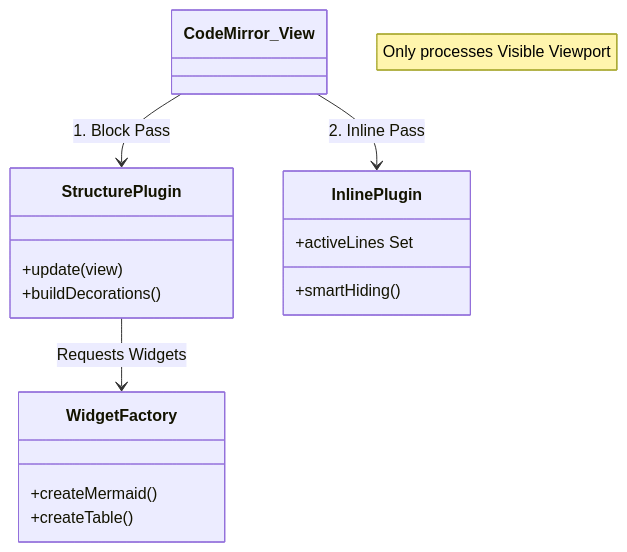
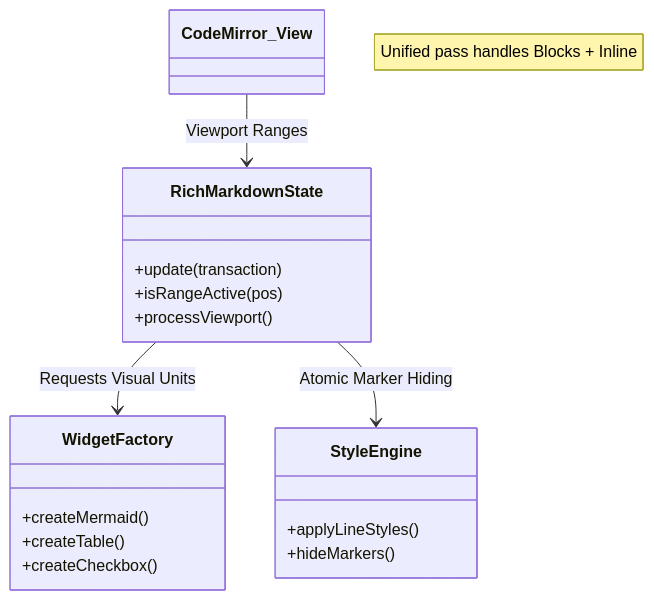
The third of 4 diagrams in notes/doc.md (Saboor-Hamedi/dev-snippet), drawn with Mermaid before and after one commit. The commit also changed other lines of this file and 6 other files, not shown here.

Commit message:
Viewport plugin added, this plugin helps to prevent jumping and display images,and links more properly

````diff
--- a/notes/doc.md
+++ b/notes/doc.md
@@ -116,22 +116,24 @@
 ```mermaid
 classDiagram
-    note "Only processes Visible Viewport"
-    class StructurePlugin {
-        +update(view)
-        +buildDecorations()
+    note "Unified pass handles Blocks + Inline"
+    class RichMarkdownState {
+        +update(transaction)
+        +isRangeActive(pos)
+        +processViewport()
     }
     
-    class InlinePlugin {
-        +activeLines Set
-        +smartHiding()
-    }
-
     class WidgetFactory {
         +createMermaid()
         +createTable()
+        +createCheckbox()
     }
 
-    CodeMirror_View --> StructurePlugin : 1. Block Pass
-    CodeMirror_View --> InlinePlugin : 2. Inline Pass
-    StructurePlugin --> WidgetFactory : Requests Widgets
+    class StyleEngine {
+        +applyLineStyles()
+        +hideMarkers()
+    }
+
+    CodeMirror_View --> RichMarkdownState : Viewport Ranges
+    RichMarkdownState --> WidgetFactory : Requests Visual Units
+    RichMarkdownState --> StyleEngine : Atomic Marker Hiding
 ```
````
